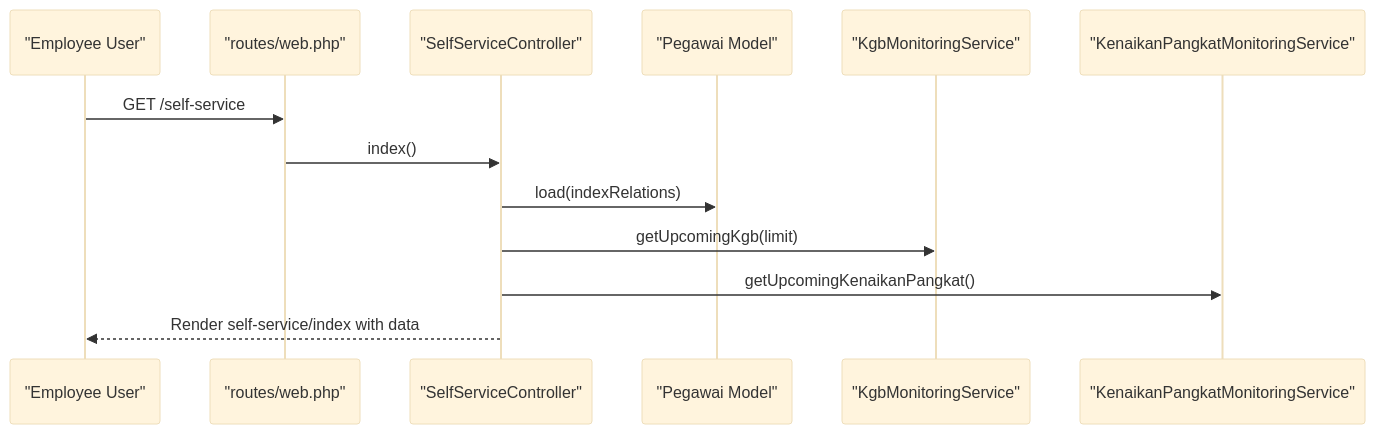
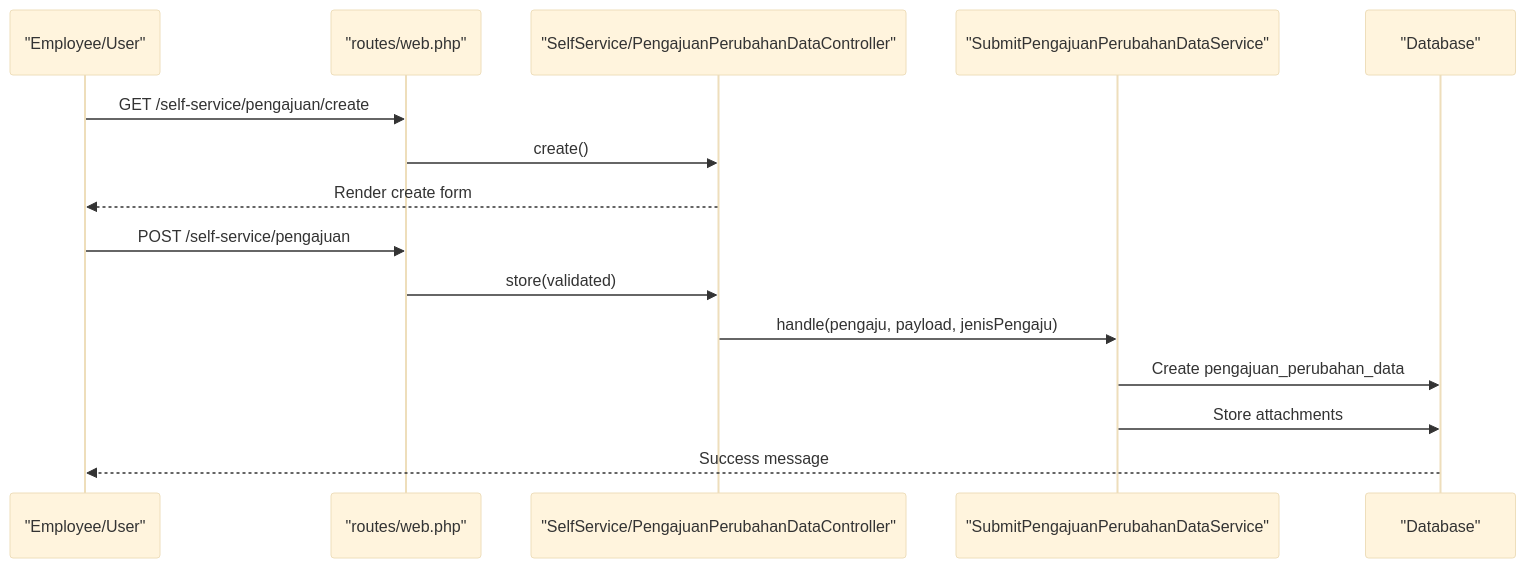
The third of 8 diagrams in .qoder/repowiki/en/content/Self-Service Portal/Self-Service Portal.md (PA-Penajam/kepegawaian_apps), drawn with Mermaid (base theme) before and after one commit. The commit also changed other lines of this file and 4 other files, not shown here.

First line of the commit message:
feat(approval): add self-service data change approval workflow

````diff
--- a/.qoder/repowiki/en/content/Self-Service Portal/Self-Service Portal.md
+++ b/.qoder/repowiki/en/content/Self-Service Portal/Self-Service Portal.md
@@ -187,15 +240,17 @@
 ```mermaid
 sequenceDiagram
-participant U as "Employee User"
+participant U as "Employee/User"
 participant R as "routes/web.php"
-participant C as "SelfServiceController"
-participant P as "Pegawai Model"
-participant S1 as "KgbMonitoringService"
-participant S2 as "KenaikanPangkatMonitoringService"
-U->>R : GET /self-service
-R->>C : index()
-C->>P : load(indexRelations)
-C->>S1 : getUpcomingKgb(limit)
-C->>S2 : getUpcomingKenaikanPangkat()
-C-->>U : Render self-service/index with data
+participant C as "SelfService/PengajuanPerubahanDataController"
+participant S as "SubmitPengajuanPerubahanDataService"
+participant DB as "Database"
+U->>R : GET /self-service/pengajuan/create
+R->>C : create()
+C-->>U : Render create form
+U->>R : POST /self-service/pengajuan
+R->>C : store(validated)
+C->>S : handle(pengaju, payload, jenisPengaju)
+S->>DB : Create pengajuan_perubahan_data
+S->>DB : Store attachments
+DB-->>U : Success message
 ```
````
